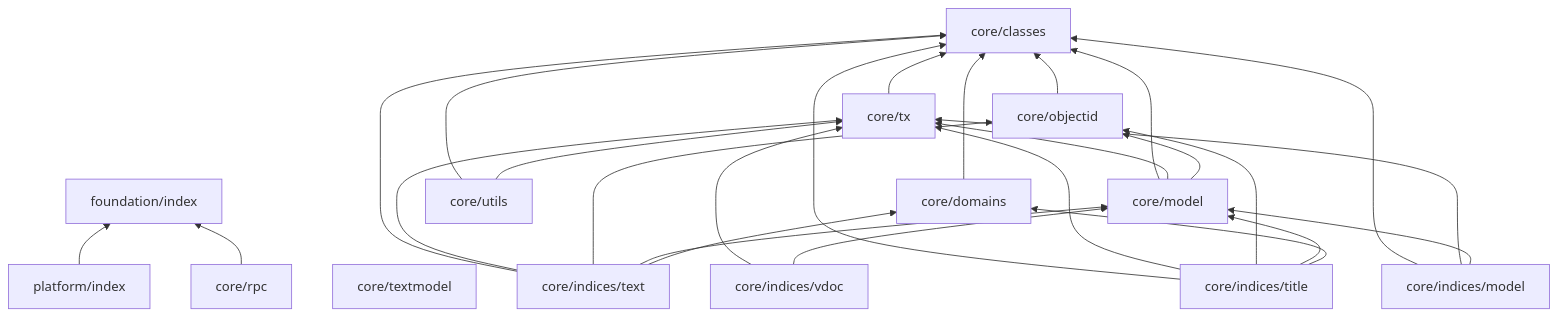
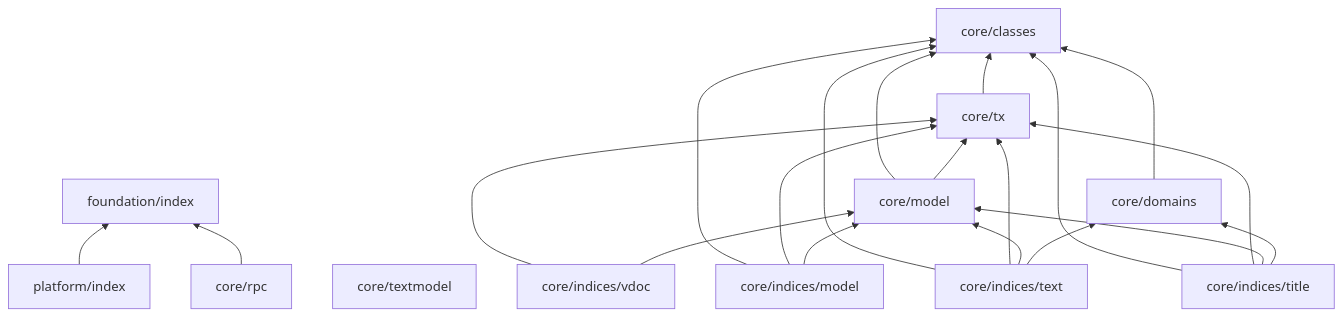
One commit to hcengineering/platform-0.2 changed the diagram in docs/content/docs/concepts/code-structure.md. Above: the diagram before and after it, drawn with Mermaid. The commit also changed 7 other files, not shown here.

Commit message:
move 'objectid' and 'utils' into 'tx'

```diff
--- a/docs/content/docs/concepts/code-structure.md
+++ b/docs/content/docs/concepts/code-structure.md
@@ -16,17 +16,15 @@
 {{< mermaid >}}
 
 graph BT
     platform/index --> foundation/index
     core/domains --> core/classes
-    core/objectid --> core/classes
     core/rpc --> foundation/index
     core/tx --> core/classes
-    core/model --> core/classes & core/tx & core/objectid
+    core/model --> core/classes & core/tx
     core/textmodel
-    core/utils --> core/classes & core/tx
     core/indices/model --> core/classes & core/tx & core/model
     core/indices/vdoc --> core/tx & core/model
-    core/indices/text --> core/classes & core/tx & core/objectid & core/model & core/domains
-    core/indices/title --> core/classes & core/tx & core/objectid & core/model & core/domains
+    core/indices/text --> core/classes & core/tx &  core/model & core/domains
+    core/indices/title --> core/classes & core/tx & core/model & core/domains
 
 {{< /mermaid >}}
```
